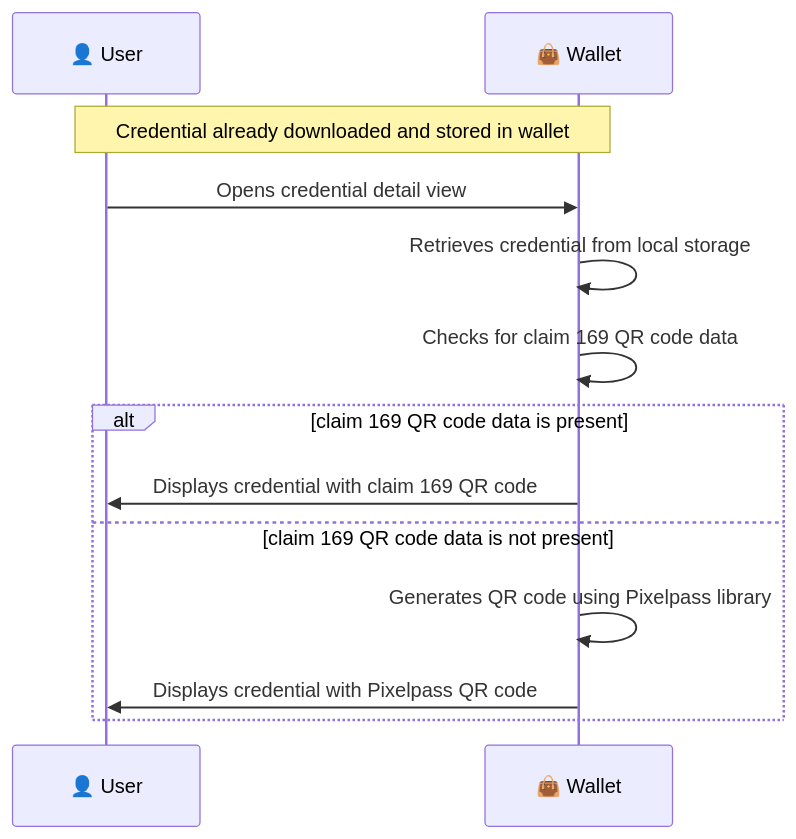
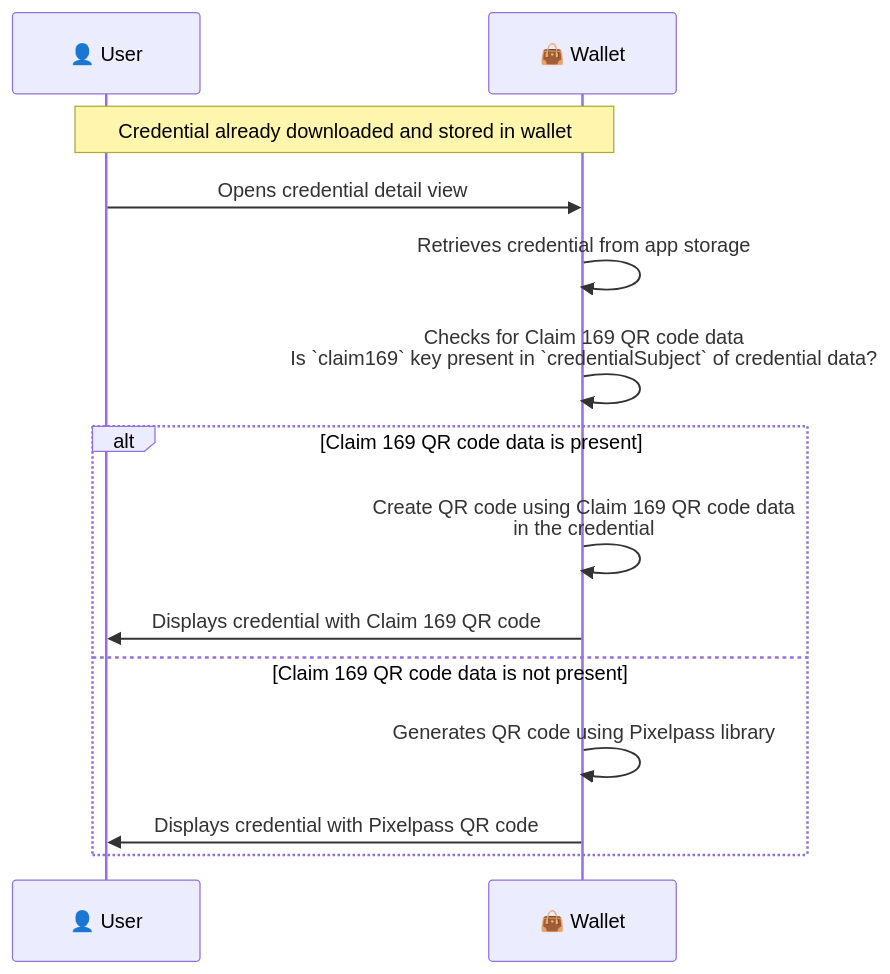
The diagram in docs/claim-169-support.md (inji/inji-wallet), drawn with Mermaid before and after one commit. The commit also changed other lines of this file, not shown here.

Commit message:
[INJIMOB-3694] docs: clarify claim169 qr data is from credential (#2242)

````diff
--- a/docs/claim-169-support.md
+++ b/docs/claim-169-support.md
@@ -33,17 +33,18 @@
 ```mermaid
 sequenceDiagram
   participant user as 👤 User
   participant wallet as 👜 Wallet
 
   Note over user,wallet: Credential already downloaded and stored in wallet
 
   user->>wallet: Opens credential detail view
-  wallet->>wallet: Retrieves credential from local storage
-  wallet->>wallet: Checks for claim 169 QR code data
-  alt claim 169 QR code data is present
-    wallet->>user: Displays credential with claim 169 QR code
-  else claim 169 QR code data is not present
-    wallet->>wallet: Generates QR code using Pixelpass library
-    wallet->>user: Displays credential with Pixelpass QR code
-  end
+  wallet->>wallet: Retrieves credential from app storage
+    wallet->>wallet: Checks for Claim 169 QR code data<br/>Is `claim169` key present in `credentialSubject` of credential data?
+    alt Claim 169 QR code data is present
+      wallet->>wallet: Create QR code using Claim 169 QR code data<br/> in the credential
+      wallet->>user: Displays credential with Claim 169 QR code
+    else Claim 169 QR code data is not present
+      wallet->>wallet: Generates QR code using Pixelpass library
+      wallet->>user: Displays credential with Pixelpass QR code
+    end
 ```
````
